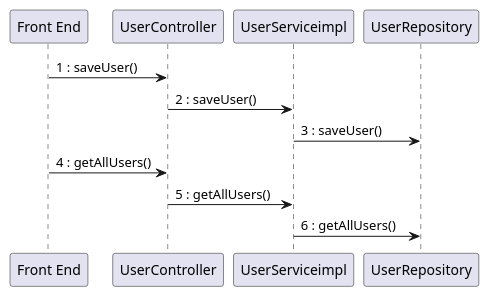
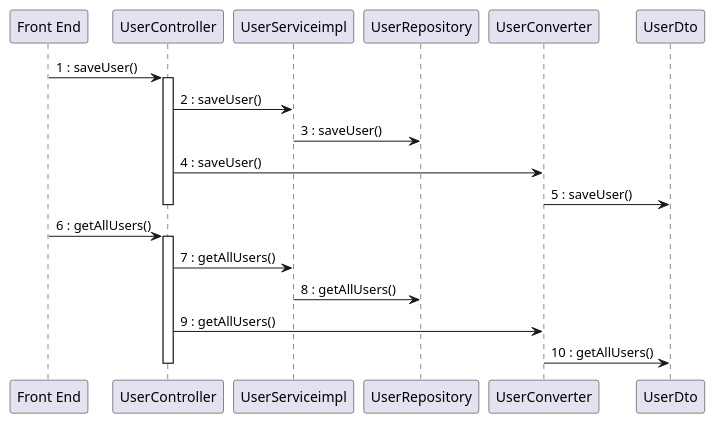
Before and after one commit to mosTavassoli/ezgas: the sixth of 15 diagrams in docs/DesignDocument.md, drawn with PlantUML. The commit also changed other lines of this file, not shown here.

Commit message:
docs(DesignDocument): fix traceability matrix, improve sequence diagrams and fill class diagram classes with methods and attributes

````diff
--- a/docs/DesignDocument.md
+++ b/docs/DesignDocument.md
@@ -328,14 +466,25 @@
 ```plantuml
 
 "Front End" -> UserController:1 : saveUser()
+activate UserController
 
 UserController -> UserServiceimpl:2 : saveUser()
 
 UserServiceimpl -> UserRepository:3 : saveUser()
 
-"Front End" -> UserController :4 : getAllUsers()
+UserController -> UserConverter:4 : saveUser()
 
-UserController -> UserServiceimpl :5 : getAllUsers()
+UserConverter -> UserDto:5 : saveUser()
+deactivate UserController
 
-UserServiceimpl -> UserRepository :6 : getAllUsers()
+"Front End" -> UserController :6 : getAllUsers()
+activate UserController
+UserController -> UserServiceimpl :7 : getAllUsers()
+
+UserServiceimpl -> UserRepository :8 : getAllUsers()
+
+UserController -> UserConverter:9 : getAllUsers()
+
+UserConverter -> UserDto:10 : getAllUsers()
+deactivate UserController
 ```
````
